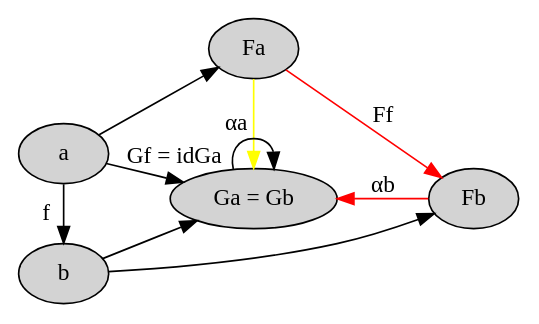
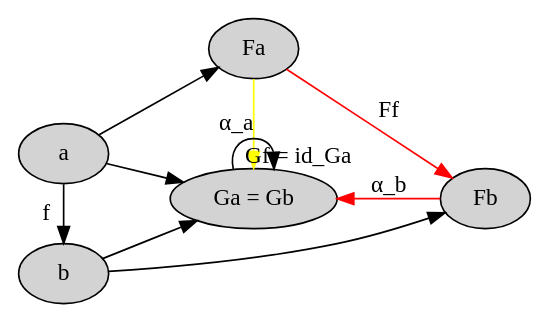
The diagram in chapter17-challenge1-part2.dot (evenbrenden/ct4p-challenges), drawn with Graphviz before and after one commit. The commit also changed 25 other files, not shown here.

```diff
--- a/chapter17-challenge1-part2.dot
+++ b/chapter17-challenge1-part2.dot
@@ -1,23 +1,23 @@
 digraph {
   node [style="filled" color="black" fillcolor="lightgray"]
 
   rankdir=LR
   { rank=same a b }
   { rank=same Fa GaGb }
 
   a [label="a"]
   b [label="b"]
   Fa [label="Fa"]
   Fb [label="Fb"]
   GaGb [label="Ga = Gb"]
 
   a -> b [label="f"]
   a -> Fa
   b -> Fb
   a -> GaGb
   b -> GaGb
-  GaGb -> GaGb [xlabel="Gf = idGa"]
+  GaGb -> GaGb [xlabel="Gf = id_Ga"]
   Fa -> Fb [label="Ff" color="red"]
-  Fb -> GaGb [label="αb" color="red"]
-  Fa -> GaGb [label="αa" color="yellow"]
+  Fb -> GaGb [label="α_b" color="red"]
+  Fa -> GaGb [label="α_a" color="yellow"]
 }
```
